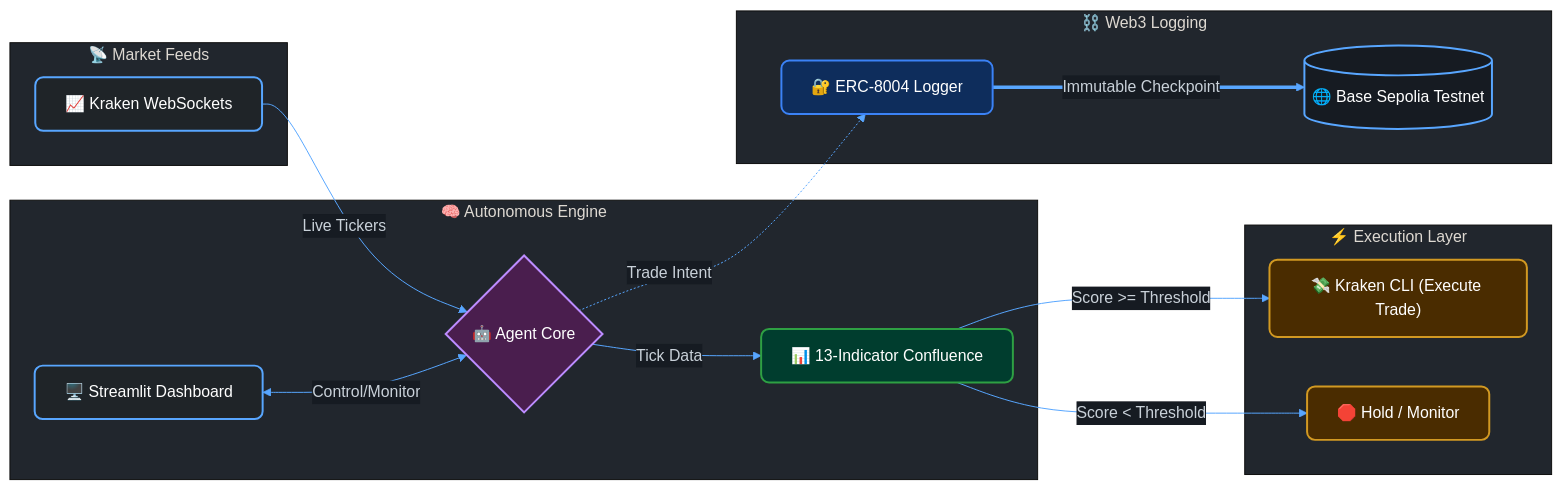
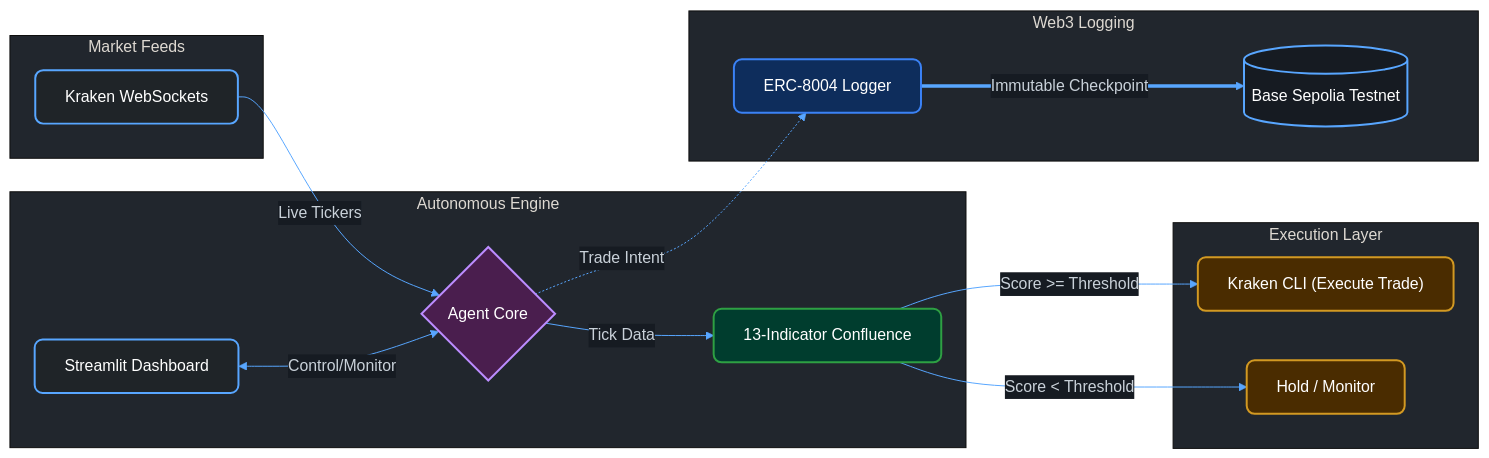
Before and after one commit to shashankrpatil077-ctrl/Street_07: the diagram in README.md, drawn with Mermaid.

Commit message:
style: Remove emojis from architecture diagram for strict professionalism

````diff
--- a/README.md
+++ b/README.md
@@ -54,53 +54,53 @@
 ```mermaid
 %%{init: {
   'theme': 'base',
   'themeVariables': {
     'primaryColor': '#0d1117',
     'primaryTextColor': '#c9d1d9',
     'primaryBorderColor': '#30363d',
     'lineColor': '#58a6ff',
     'secondaryColor': '#161b22',
     'tertiaryColor': '#21262d'
   }
 }}%%
 graph LR
     classDef data fill:#1f2428,stroke:#58a6ff,stroke-width:2px,color:#fff,rx:8,ry:8
     classDef brain fill:#4a1e4e,stroke:#bc8cff,stroke-width:2px,color:#fff,rx:8,ry:8
     classDef logic fill:#003d2e,stroke:#2ea043,stroke-width:2px,color:#fff,rx:8,ry:8
     classDef action fill:#4a2c00,stroke:#d29922,stroke-width:2px,color:#fff,rx:8,ry:8
     classDef onchain fill:#0e2d5c,stroke:#3b82f6,stroke-width:2px,color:#fff,rx:8,ry:8
     classDef db fill:#161b22,stroke:#58a6ff,stroke-width:2px,color:#fff
 
-    subgraph Inputs["📡 Market Feeds"]
-        A["📈 Kraken WebSockets"]:::data
+    subgraph Inputs["Market Feeds"]
+        A["Kraken WebSockets"]:::data
     end
     
-    subgraph Core["🧠 Autonomous Engine"]
-        B{"🤖 Agent Core"}:::brain
-        C["📊 13-Indicator Confluence"]:::logic
-        H["🖥️ Streamlit Dashboard"]:::data
+    subgraph Core["Autonomous Engine"]
+        B{"Agent Core"}:::brain
+        C["13-Indicator Confluence"]:::logic
+        H["Streamlit Dashboard"]:::data
     end
     
-    subgraph Execution["⚡ Execution Layer"]
-        D["💸 Kraken CLI (Execute Trade)"]:::action
-        E["🛑 Hold / Monitor"]:::action
+    subgraph Execution["Execution Layer"]
+        D["Kraken CLI (Execute Trade)"]:::action
+        E["Hold / Monitor"]:::action
     end
     
-    subgraph Blockchain["⛓️ Web3 Logging"]
-        F["🔐 ERC-8004 Logger"]:::onchain
-        G[("🌐 Base Sepolia Testnet")]:::db
+    subgraph Blockchain["Web3 Logging"]
+        F["ERC-8004 Logger"]:::onchain
+        G[("Base Sepolia Testnet")]:::db
     end
 
     %% Flow
     A -->|Live Tickers| B
     H <-->|Control/Monitor| B
     B -->|Tick Data| C
     
     %% Logic branching
     C -->|Score >= Threshold| D
     C -->|Score < Threshold| E
     
     %% Blockchain logging
     B -.->|Trade Intent| F
     F ==>|Immutable Checkpoint| G
 ```
````
